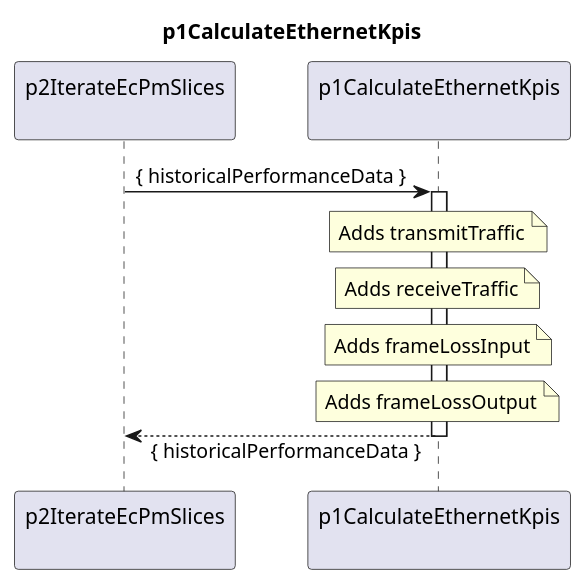
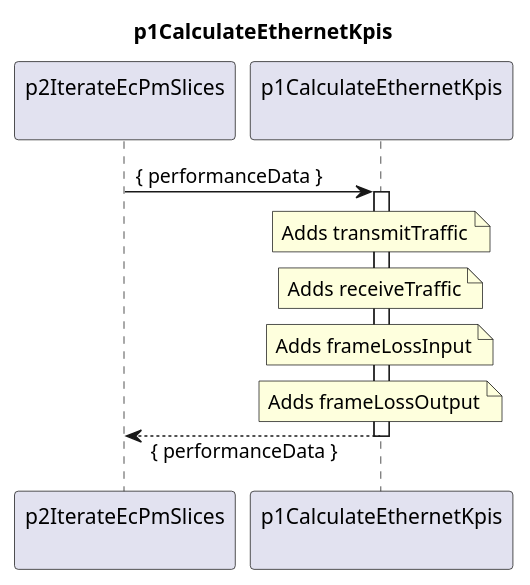
One commit to openBackhaul/DevicePerformanceManagementDataProcessor changed the diagram in spec/Functions/p1StreamPmData/p2ProcessDevice/p2CreateResultCc/p2IterateEcPmSlices/p1CalculateEthernetKpis/1.0.0/p1CalculateEthernetKpis.plantuml. Above: the diagram before and after it, drawn with PlantUML. The commit also changed 16 other files, not shown here.

```diff
--- a/spec/Functions/p1StreamPmData/p2ProcessDevice/p2CreateResultCc/p2IterateEcPmSlices/p1CalculateEthernetKpis/1.0.0/p1CalculateEthernetKpis.plantuml
+++ b/spec/Functions/p1StreamPmData/p2ProcessDevice/p2CreateResultCc/p2IterateEcPmSlices/p1CalculateEthernetKpis/1.0.0/p1CalculateEthernetKpis.plantuml
@@ -1,35 +1,35 @@
 @startuml p1CalculateEthernetKpis
 skinparam responseMessageBelowArrow true
 
 title
   p1CalculateEthernetKpis
 end title
 
 participant "p2IterateEcPmSlices\n" as requestor
 participant "p1CalculateEthernetKpis\n" as ethKpis
 
-requestor -> ethKpis : { historicalPerformanceData }
+requestor -> ethKpis : { performanceData }
 activate ethKpis
 
     note over ethKpis
       Adds transmitTraffic
     end note
 
     note over ethKpis
       Adds receiveTraffic
     end note
 
     note over ethKpis
       Adds frameLossInput
     end note
 
     note over ethKpis
       Adds frameLossOutput
     end note
 
-requestor <-- ethKpis : { historicalPerformanceData }
+requestor <-- ethKpis : { performanceData }
 deactivate ethKpis
 
 deactivate requestor
 
 @enduml
```
